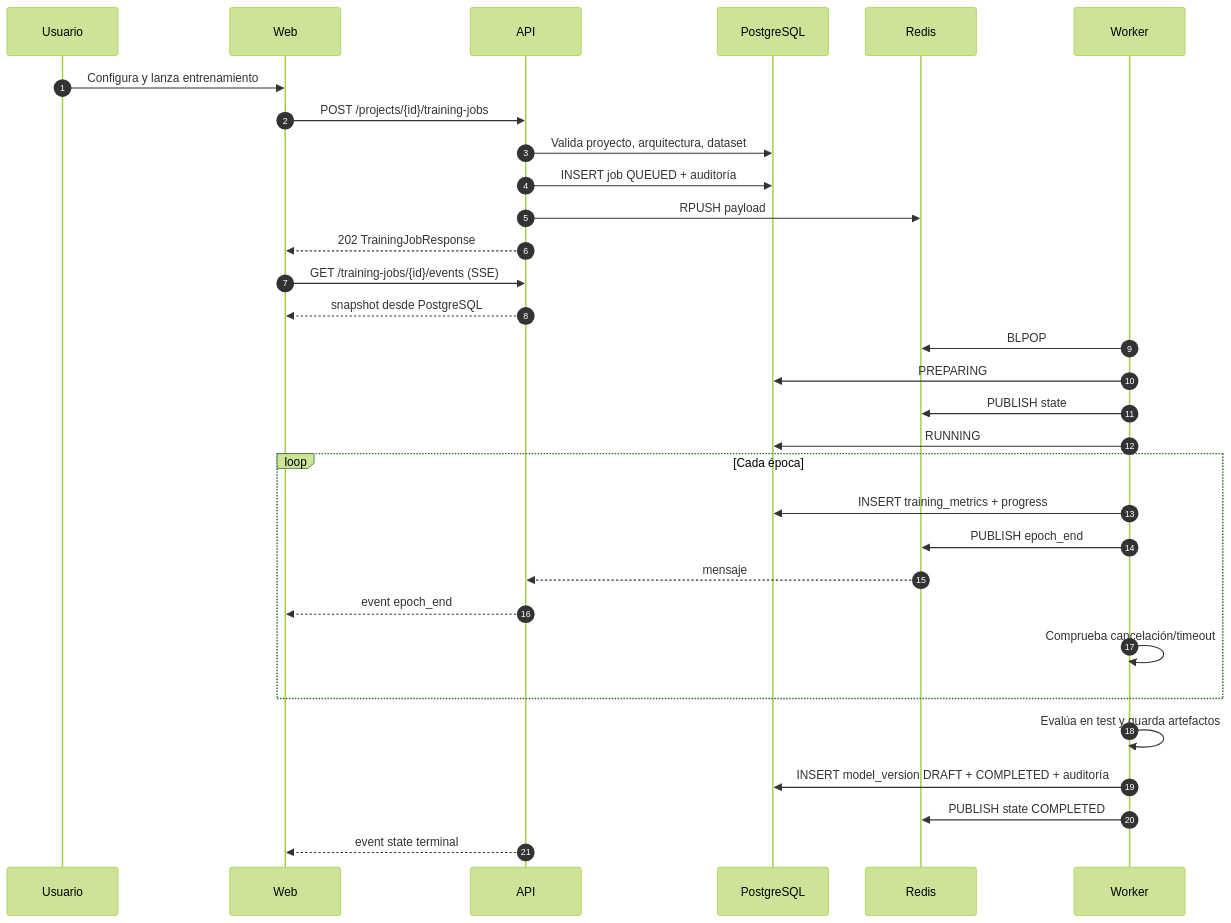
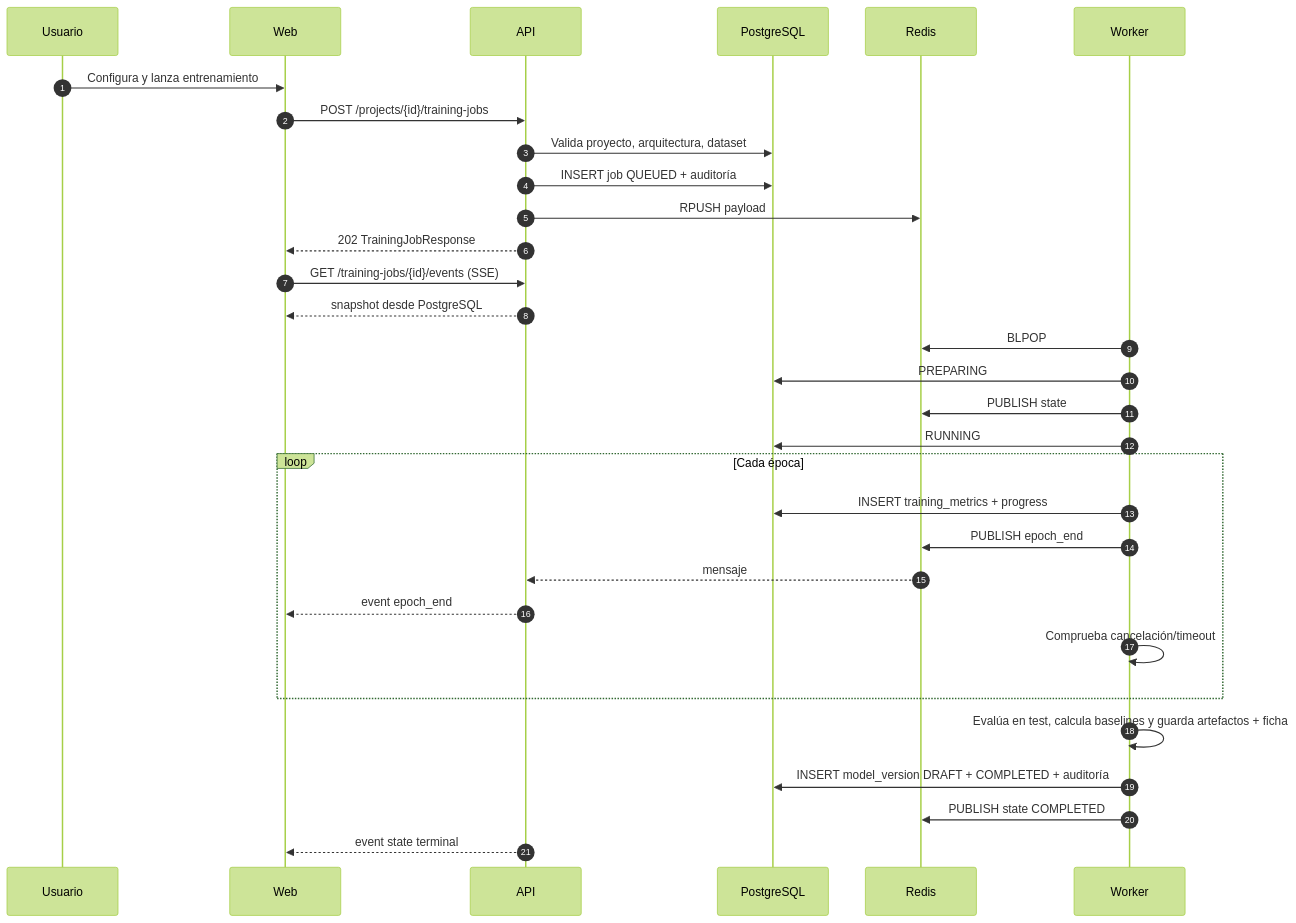
One commit to sanhuezazetakevin-ship-it/NeuroLab_Enterprise changed the second of 4 diagrams in docs/architecture/ARCHITECTURE.md. Above: the diagram before and after it, drawn with Mermaid (forest theme). The commit also changed other lines of this file and 60 other files, not shown here.

````diff
--- a/docs/architecture/ARCHITECTURE.md
+++ b/docs/architecture/ARCHITECTURE.md
@@ -63,34 +64,34 @@
 ```mermaid
 sequenceDiagram
     autonumber
     participant U as Usuario
     participant W as Web
     participant A as API
     participant DB as PostgreSQL
     participant Q as Redis
     participant K as Worker
 
     U->>W: Configura y lanza entrenamiento
     W->>A: POST /projects/{id}/training-jobs
     A->>DB: Valida proyecto, arquitectura, dataset
     A->>DB: INSERT job QUEUED + auditoría
     A->>Q: RPUSH payload
     A-->>W: 202 TrainingJobResponse
     W->>A: GET /training-jobs/{id}/events (SSE)
     A-->>W: snapshot desde PostgreSQL
     K->>Q: BLPOP
     K->>DB: PREPARING
     K->>Q: PUBLISH state
     K->>DB: RUNNING
     loop Cada época
         K->>DB: INSERT training_metrics + progress
         K->>Q: PUBLISH epoch_end
         Q-->>A: mensaje
         A-->>W: event epoch_end
         K->>K: Comprueba cancelación/timeout
     end
-    K->>K: Evalúa en test y guarda artefactos
+    K->>K: Evalúa en test, calcula baselines y guarda artefactos + ficha
     K->>DB: INSERT model_version DRAFT + COMPLETED + auditoría
     K->>Q: PUBLISH state COMPLETED
     A-->>W: event state terminal
 ```
````
